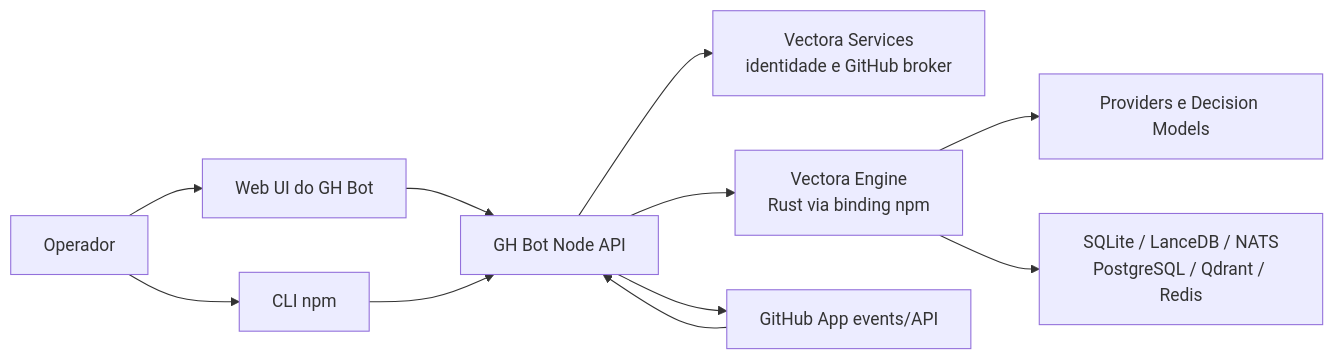
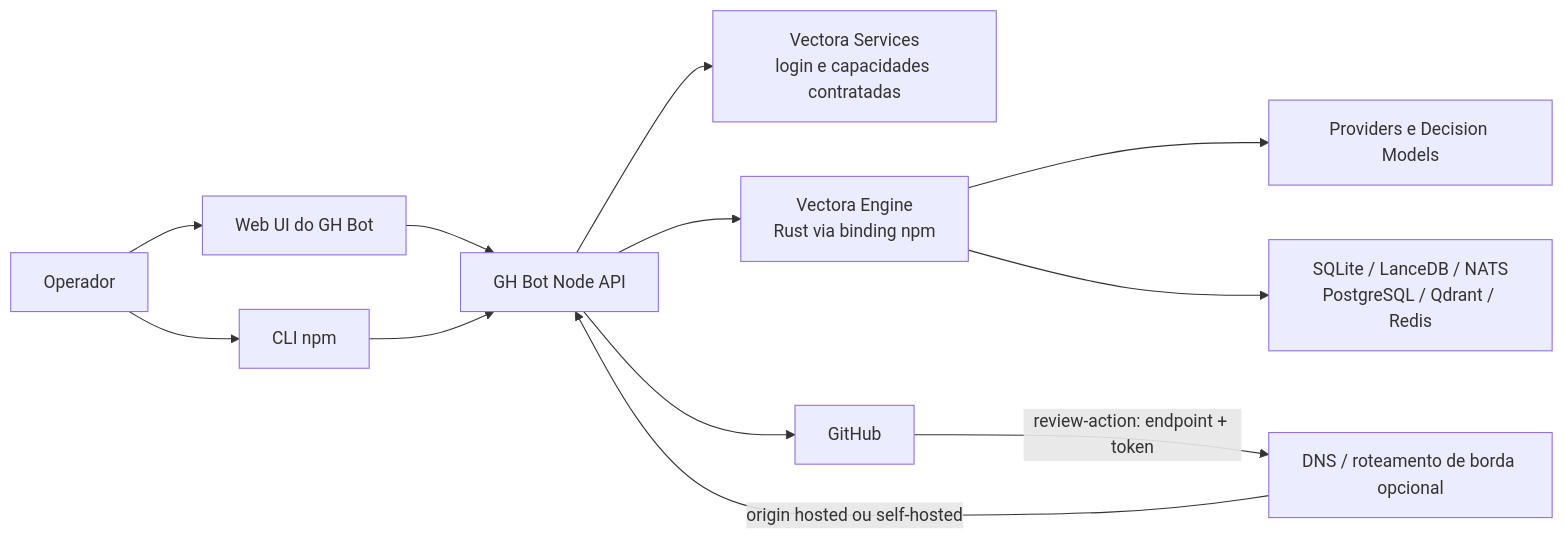
One commit to vectora-company/gh-bot changed the diagram in docs/architecture.md. Above: the diagram before and after it, drawn with Mermaid. The commit also changed other lines of this file and 13 other files, not shown here.

````diff
--- a/docs/architecture.md
+++ b/docs/architecture.md
@@ -5,13 +5,14 @@
 ```mermaid
 flowchart LR
   Operator[Operador] --> UI[Web UI do GH Bot]
   Operator --> CLI[CLI npm]
   UI --> API[GH Bot Node API]
   CLI --> API
-  API --> Services[Vectora Services<br/>identidade e GitHub broker]
+  API --> Services[Vectora Services<br/>login e capacidades contratadas]
   API --> Engine[Vectora Engine<br/>Rust via binding npm]
   Engine --> Providers[Providers e Decision Models]
   Engine --> Stores[SQLite / LanceDB / NATS<br/>PostgreSQL / Qdrant / Redis]
-  GitHub[GitHub App events/API] --> API
+  GitHub[GitHub] -->|review-action: endpoint + token| Edge[DNS / roteamento de borda opcional]
+  Edge -->|origin hosted ou self-hosted| API
   API --> GitHub
 ```
````
